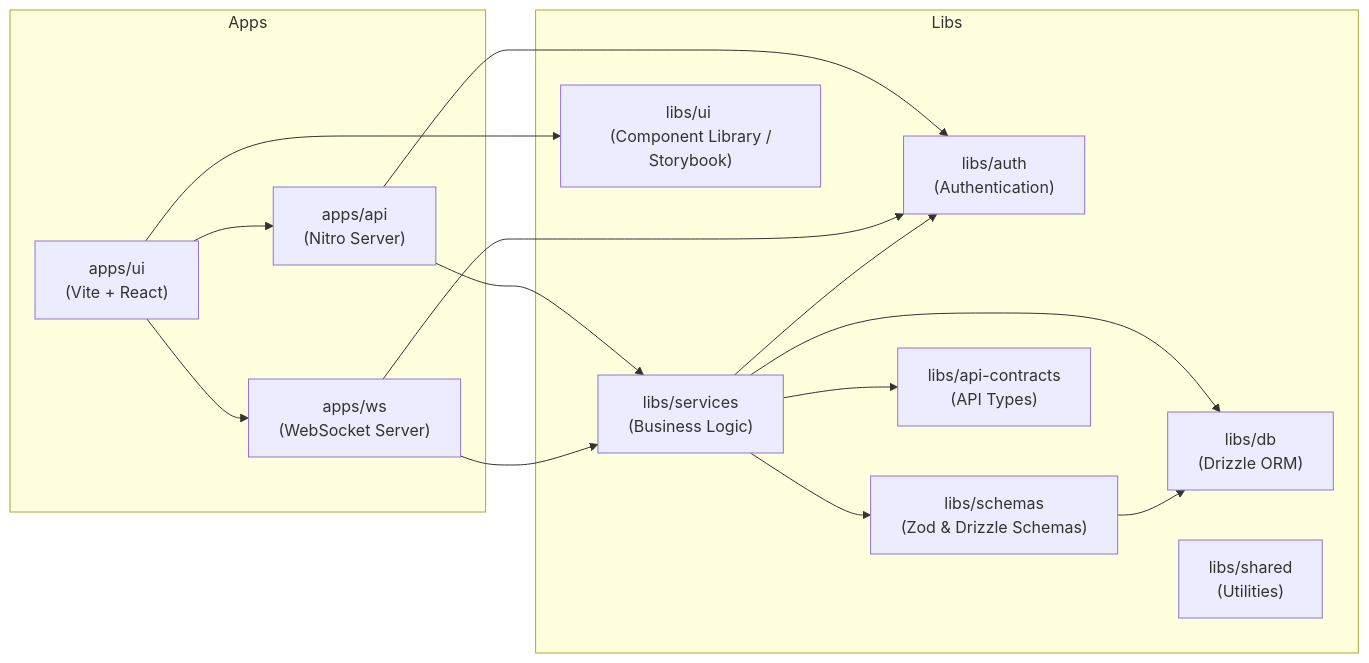
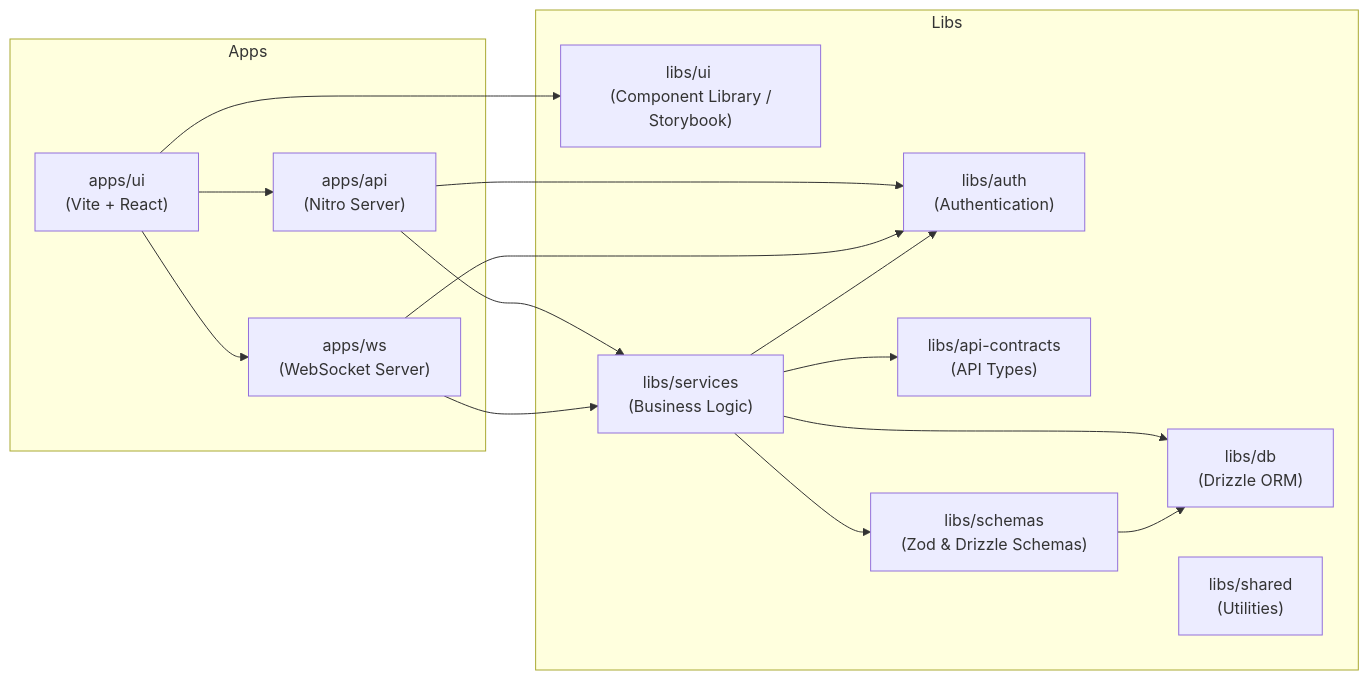
One commit to abcdmku/agentMonorepo changed the diagram in README.md. Above: the diagram before and after it, drawn with Mermaid. The commit also changed other lines of this file, not shown here.

````diff
--- a/README.md
+++ b/README.md
@@ -9,38 +9,38 @@
 ```mermaid
 graph LR
     %% Apps
     subgraph Apps
+        UI["apps/ui <br/> (Vite + React)"]
         API["apps/api <br/> (Nitro Server)"]
-        UI["apps/ui <br/> (Vite + React)"]
         WS["apps/ws <br/> (WebSocket Server)"]
     end
 
     %% Libs
     subgraph Libs
+        UILib["libs/ui <br/> (Component Library / Storybook)"]
+        Services["libs/services <br/> (Business Logic)"]
         Auth["libs/auth <br/> (Authentication)"]
+        Contracts["libs/api-contracts <br/> (API Types)"]
+        Schemas["libs/schemas <br/> (Zod & Drizzle Schemas)"]
         DB["libs/db <br/> (Drizzle ORM)"]
-        Schemas["libs/schemas <br/> (Zod & Drizzle Schemas)"]
-        Services["libs/services <br/> (Business Logic)"]
         Shared["libs/shared <br/> (Utilities)"]
-        UILib["libs/ui <br/> (Component Library / Storybook)"]
-        Contracts["libs/api-contracts <br/> (API Types)"]
     end
 
     %% Dependencies
     UI --> API
     UI --> WS
     UI --> UILib
     API --> Services
     API --> Auth
     WS --> Services
     WS --> Auth
     
     Services --> Schemas
     Services --> DB
     Services --> Auth
     Services --> Contracts
     
     Schemas --> DB
     
     %% Note: Indirect deps or shared utils might be used widely
 ```
````
